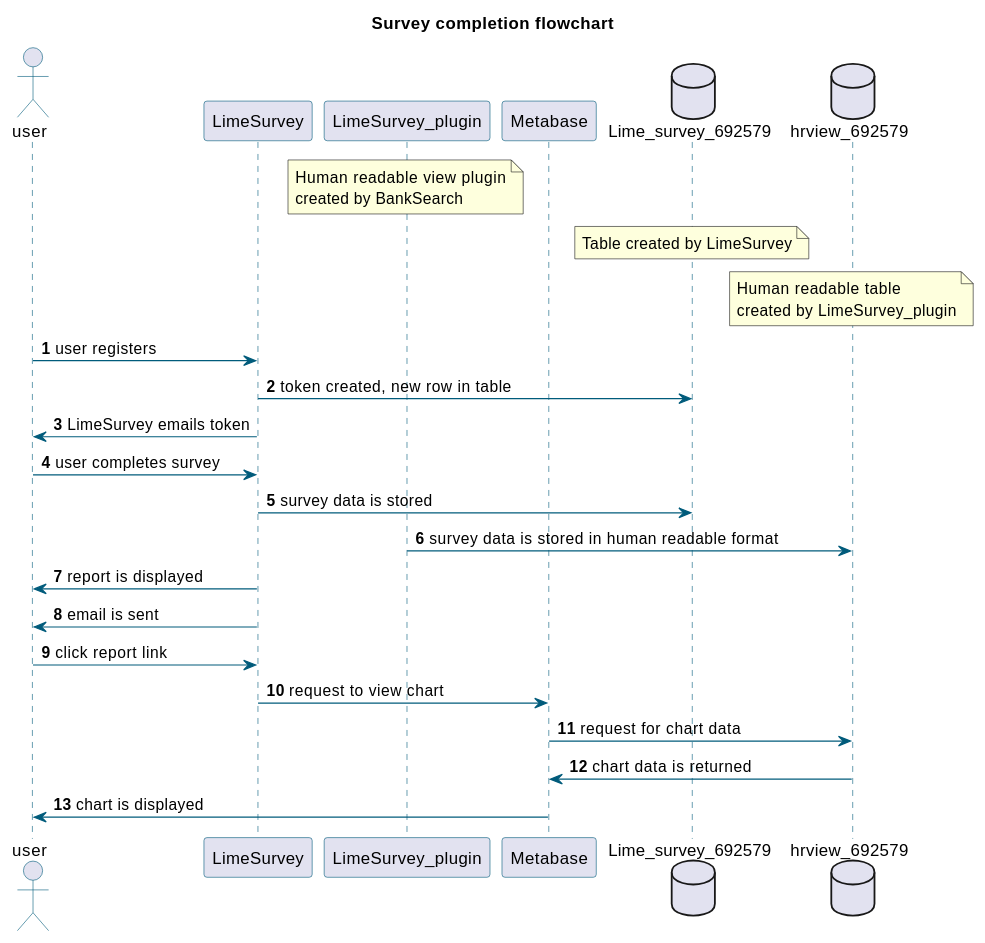
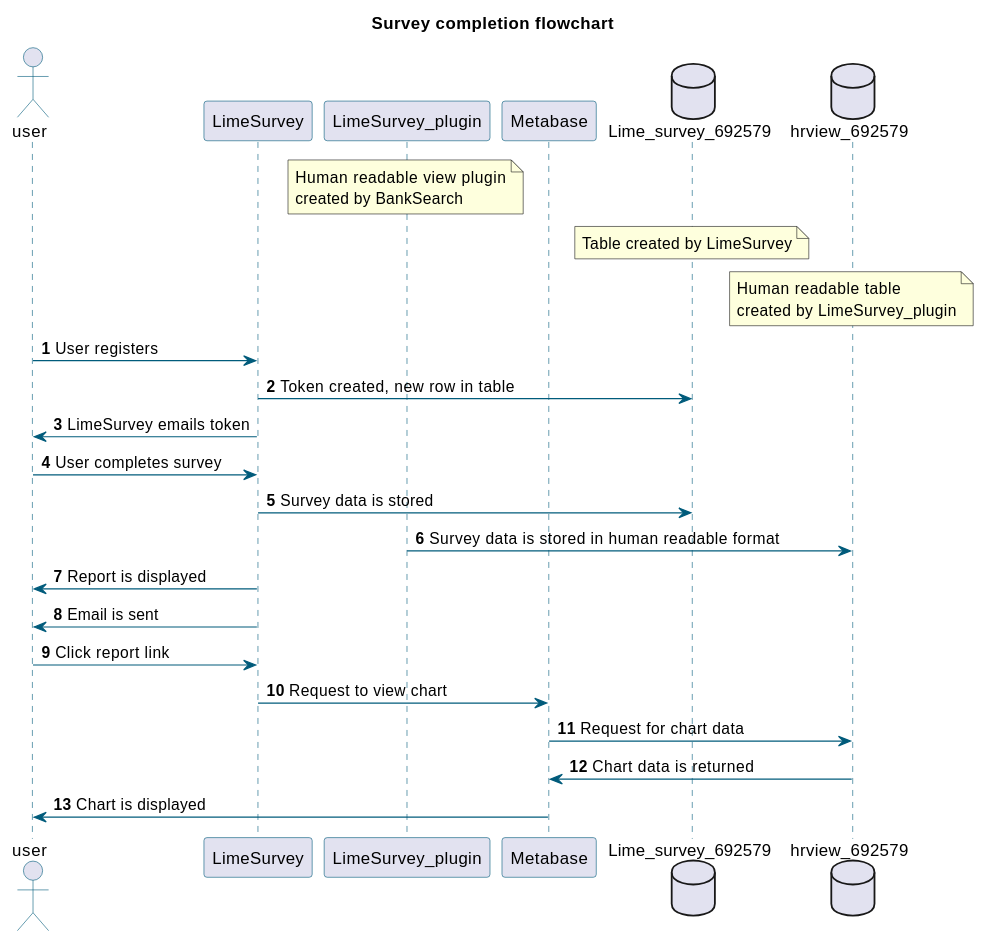
One commit to msdcanderson/bcu changed the first of 4 diagrams in bcu-docs/docs/flowcharts.md. Above: the diagram before and after it, drawn with PlantUML. The commit also changed other lines of this file, not shown here.

Commit message:
capitalise letters, add titles

````diff
--- a/bcu-docs/docs/flowcharts.md
+++ b/bcu-docs/docs/flowcharts.md
@@ -9,40 +9,40 @@
 ```uml
 @startuml
 autonumber
 
 skinparam sequence {
 	ArrowColor #005B7B
 	ActorBorderColor #005B7B
 	LifeLineBorderColor #005B7B
 	ParticipantBorderColor #005B7B
 }
 
 title Survey completion flowchart
 
 actor user
 participant LimeSurvey
 participant LimeSurvey_plugin
 participant Metabase
 database Lime_survey_692579
 database hrview_692579
 
 note over LimeSurvey_plugin : Human readable view plugin\ncreated by BankSearch
 note over Lime_survey_692579 : Table created by LimeSurvey
 note over hrview_692579 : Human readable table\ncreated by LimeSurvey_plugin
 
-user -> LimeSurvey : user registers
-LimeSurvey -> Lime_survey_692579 : token created, new row in table
+user -> LimeSurvey : User registers
+LimeSurvey -> Lime_survey_692579 : Token created, new row in table
 LimeSurvey -> user : LimeSurvey emails token
-user -> LimeSurvey : user completes survey
-LimeSurvey -> Lime_survey_692579 : survey data is stored
-LimeSurvey_plugin -> hrview_692579 : survey data is stored in human readable format
-LimeSurvey -> user : report is displayed
-LimeSurvey -> user : email is sent
-user -> LimeSurvey : click report link
-LimeSurvey -> Metabase : request to view chart
-Metabase -> hrview_692579 : request for chart data
-hrview_692579 -> Metabase : chart data is returned
-Metabase -> user : chart is displayed
+user -> LimeSurvey : User completes survey
+LimeSurvey -> Lime_survey_692579 : Survey data is stored
+LimeSurvey_plugin -> hrview_692579 : Survey data is stored in human readable format
+LimeSurvey -> user : Report is displayed
+LimeSurvey -> user : Email is sent
+user -> LimeSurvey : Click report link
+LimeSurvey -> Metabase : Request to view chart
+Metabase -> hrview_692579 : Request for chart data
+hrview_692579 -> Metabase : Chart data is returned
+Metabase -> user : Chart is displayed
 
 @enduml
 ```
````
